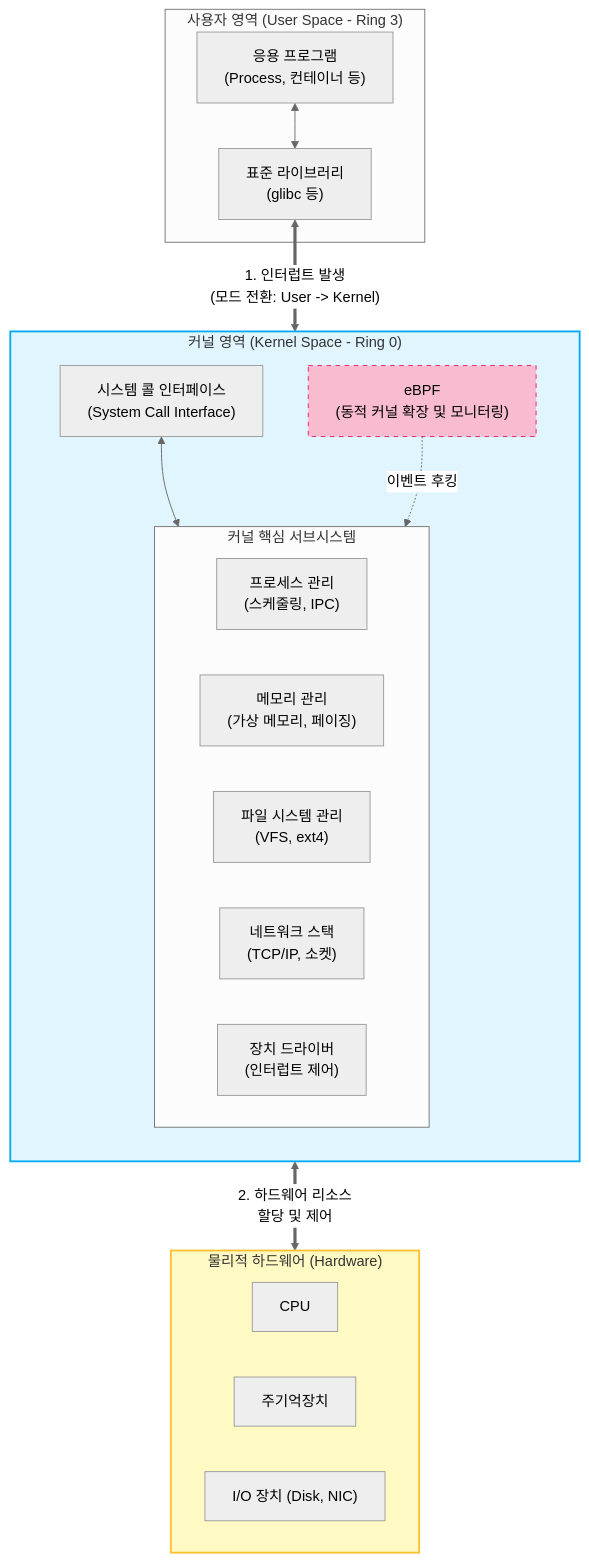
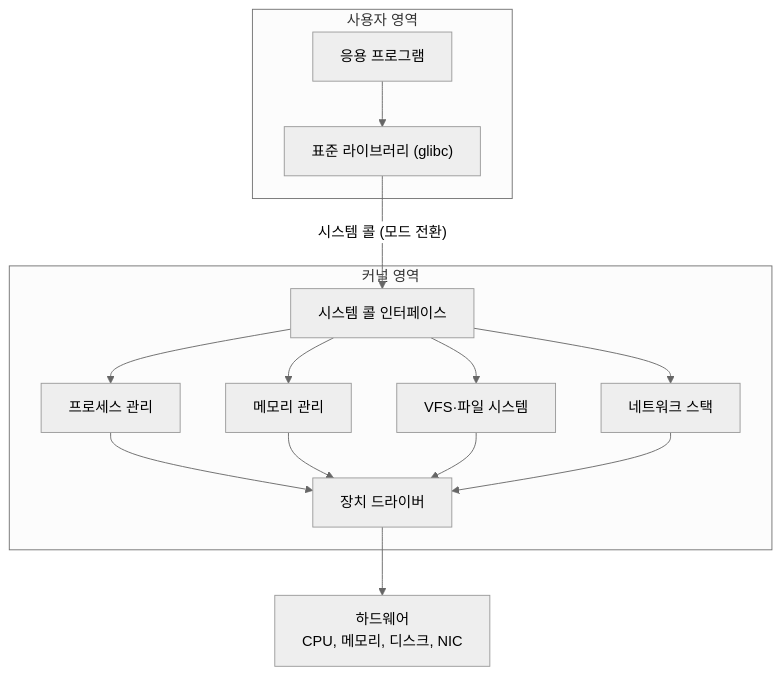
The diagram in content/01_IT Tech/커널.md (supremethumb/supremethumb.github.io), drawn with Mermaid (neutral theme) before and after one commit. The commit also changed other lines of this file and 1087 other files, not shown here.

````diff
--- a/content/01_IT Tech/커널.md
+++ b/content/01_IT Tech/커널.md
@@ -29,42 +34,20 @@
 ```mermaid
-flowchart TD
-    subgraph User_Space ["사용자 영역 (User Space - Ring 3)"]
-        App["응용 프로그램\n(Process, 컨테이너 등)"]
-        Lib["표준 라이브러리\n(glibc 등)"]
-        App <--> Lib
+flowchart TB
+    subgraph US["사용자 영역"]
+        APP["응용 프로그램"] --> LIB["표준 라이브러리 (glibc)"]
     end
-
-    subgraph Kernel_Space ["커널 영역 (Kernel Space - Ring 0)"]
-        direction TB
-        SCI["시스템 콜 인터페이스\n(System Call Interface)"]
-        
-        subgraph Core_Subsystems ["커널 핵심 서브시스템"]
-            Proc["프로세스 관리\n(스케줄링, IPC)"]
-            Mem["메모리 관리\n(가상 메모리, 페이징)"]
-            VFS["파일 시스템 관리\n(VFS, ext4)"]
-            Net["네트워크 스택\n(TCP/IP, 소켓)"]
-            Dev["장치 드라이버\n(인터럽트 제어)"]
-        end
-        
-        eBPF["eBPF\n(동적 커널 확장 및 모니터링)"]
-        
-        SCI <--> Core_Subsystems
-        eBPF -. "이벤트 후킹" .-> Core_Subsystems
+    subgraph KS["커널 영역"]
+        SCI["시스템 콜 인터페이스"]
+        SCI --> PM["프로세스 관리"]
+        SCI --> MM["메모리 관리"]
+        SCI --> FS["VFS·파일 시스템"]
+        SCI --> NET["네트워크 스택"]
+        PM --> DRV["장치 드라이버"]
+        MM --> DRV
+        FS --> DRV
+        NET --> DRV
     end
-
-    subgraph Hardware_Space ["물리적 하드웨어 (Hardware)"]
-        direction LR
-        CPU["CPU"]
-        RAM["주기억장치"]
-        IO["I/O 장치 (Disk, NIC)"]
-    end
-
-    Lib <== "1. 인터럽트 발생\n(모드 전환: User -> Kernel)" ==> SCI
-    Core_Subsystems <== "2. 하드웨어 리소스\n할당 및 제어" ==> Hardware_Space
-    
-    style Kernel_Space fill:#e1f5fe,stroke:#03a9f4,stroke-width:2px
-    style Hardware_Space fill:#fff9c4,stroke:#fbc02d,stroke-width:2px
-    style eBPF fill:#f8bbd0,stroke:#e91e63,stroke-dasharray: 5 5
-
-
+    HW["하드웨어<br/>CPU, 메모리, 디스크, NIC"]
+    LIB -->|"시스템 콜 (모드 전환)"| SCI
+    DRV --> HW
 ```
````
